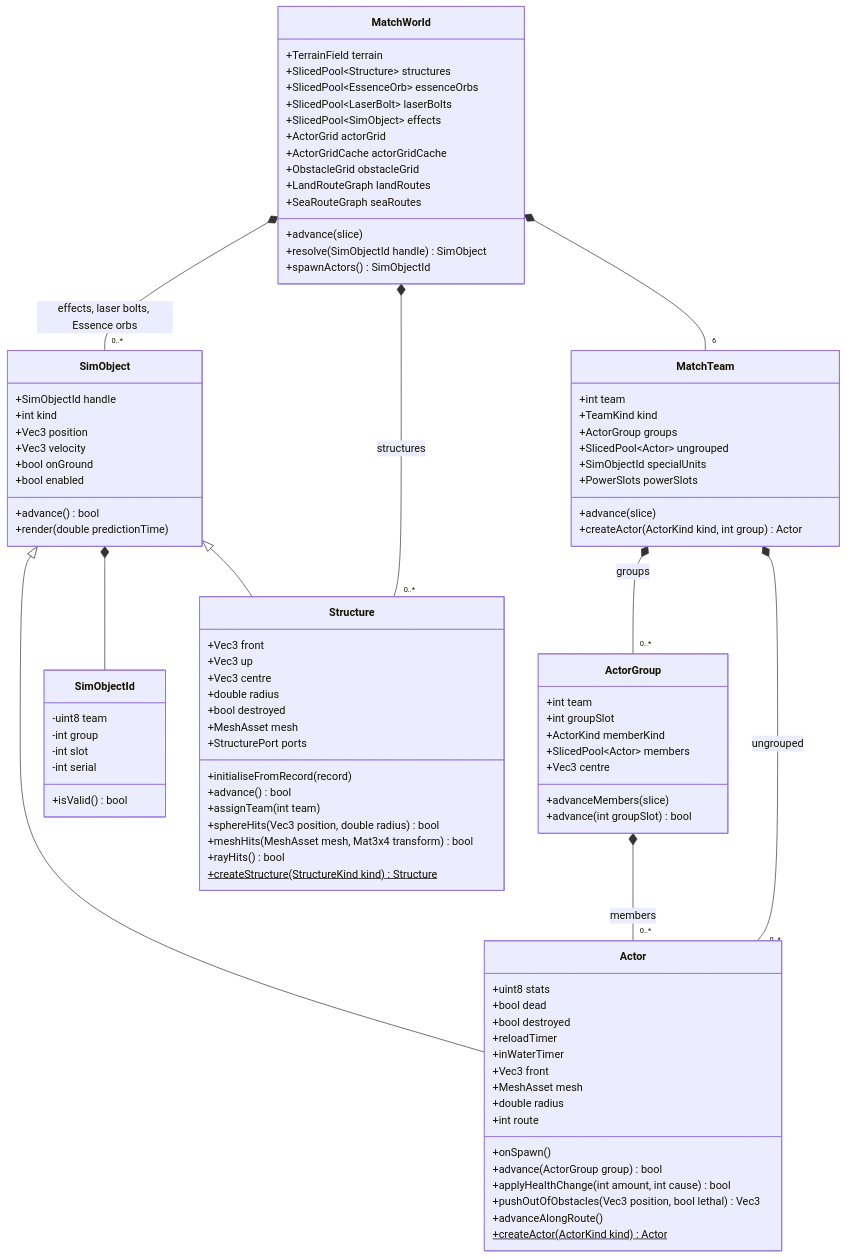
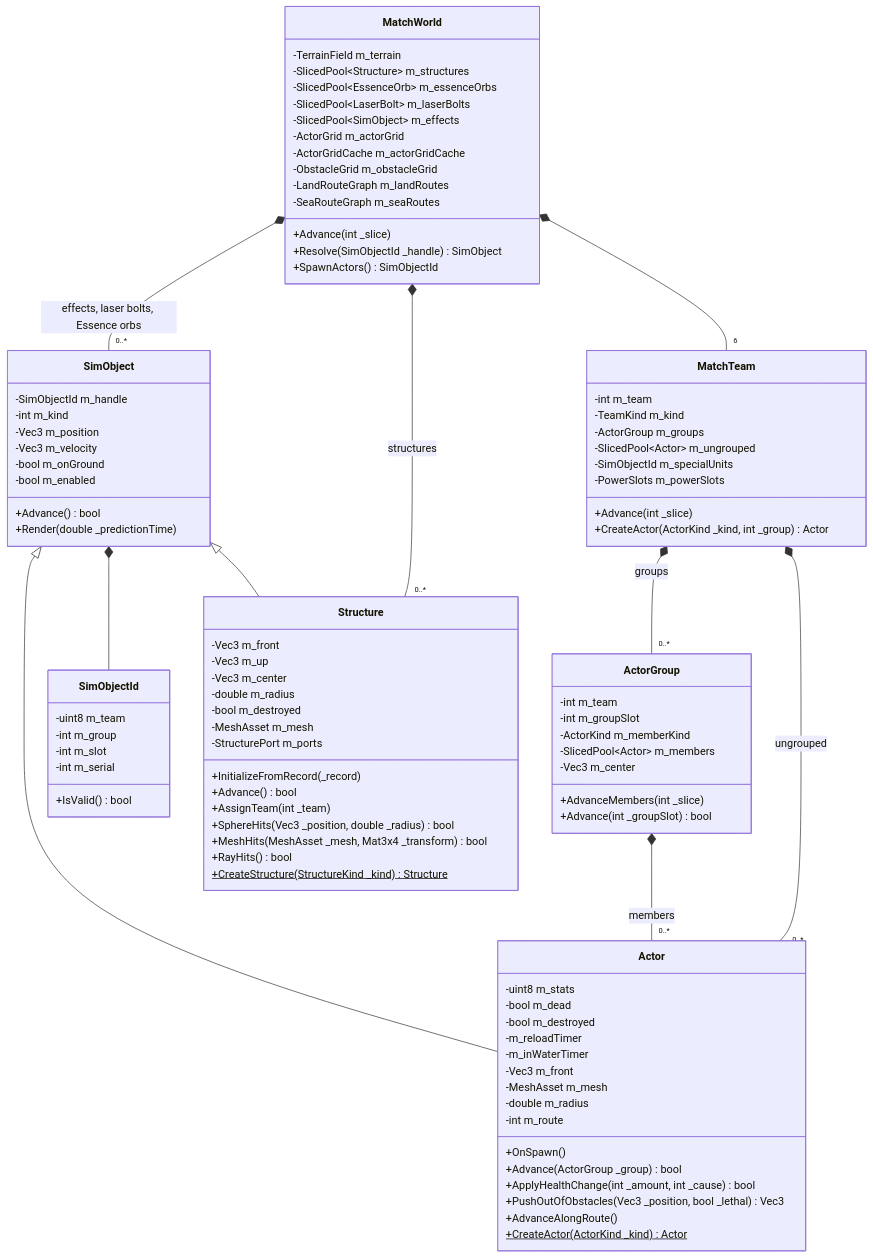
Before and after one commit to Zwaliebaba/Species.AI: the first of 9 diagrams in design_next/reference/12_simulation_model/03_entity_model_and_identity.md, drawn with Mermaid. The commit also changed other lines of this file and 99 other files, not shown here.

````diff
--- a/design_next/reference/12_simulation_model/03_entity_model_and_identity.md
+++ b/design_next/reference/12_simulation_model/03_entity_model_and_identity.md
@@ -39,88 +39,88 @@
 ```mermaid
 classDiagram
     class MatchWorld {
-      +TerrainField terrain
-      +SlicedPool~Structure~ structures
-      +SlicedPool~EssenceOrb~ essenceOrbs
-      +SlicedPool~LaserBolt~ laserBolts
-      +SlicedPool~SimObject~ effects
-      +ActorGrid actorGrid
-      +ActorGridCache actorGridCache
-      +ObstacleGrid obstacleGrid
-      +LandRouteGraph landRoutes
-      +SeaRouteGraph seaRoutes
-      +advance(slice)
-      +resolve(SimObjectId handle) SimObject
-      +spawnActors() SimObjectId
+      -TerrainField m_terrain
+      -SlicedPool~Structure~ m_structures
+      -SlicedPool~EssenceOrb~ m_essenceOrbs
+      -SlicedPool~LaserBolt~ m_laserBolts
+      -SlicedPool~SimObject~ m_effects
+      -ActorGrid m_actorGrid
+      -ActorGridCache m_actorGridCache
+      -ObstacleGrid m_obstacleGrid
+      -LandRouteGraph m_landRoutes
+      -SeaRouteGraph m_seaRoutes
+      +Advance(int _slice)
+      +Resolve(SimObjectId _handle) SimObject
+      +SpawnActors() SimObjectId
     }
     class MatchTeam {
-      +int team
-      +TeamKind kind
-      +ActorGroup groups
-      +SlicedPool~Actor~ ungrouped
-      +SimObjectId specialUnits
-      +PowerSlots powerSlots
-      +advance(slice)
-      +createActor(ActorKind kind, int group) Actor
+      -int m_team
+      -TeamKind m_kind
+      -ActorGroup m_groups
+      -SlicedPool~Actor~ m_ungrouped
+      -SimObjectId m_specialUnits
+      -PowerSlots m_powerSlots
+      +Advance(int _slice)
+      +CreateActor(ActorKind _kind, int _group) Actor
     }
     class ActorGroup {
-      +int team
-      +int groupSlot
-      +ActorKind memberKind
-      +SlicedPool~Actor~ members
-      +Vec3 centre
-      +advanceMembers(slice)
-      +advance(int groupSlot) bool
+      -int m_team
+      -int m_groupSlot
+      -ActorKind m_memberKind
+      -SlicedPool~Actor~ m_members
+      -Vec3 m_center
+      +AdvanceMembers(int _slice)
+      +Advance(int _groupSlot) bool
     }
     class SimObjectId {
-      -uint8 team
-      -int group
-      -int slot
-      -int serial
-      +isValid() bool
+      -uint8 m_team
+      -int m_group
+      -int m_slot
+      -int m_serial
+      +IsValid() bool
     }
     class SimObject {
-      +SimObjectId handle
-      +int kind
-      +Vec3 position
-      +Vec3 velocity
-      +bool onGround
-      +bool enabled
-      +advance() bool
-      +render(double predictionTime)
+      -SimObjectId m_handle
+      -int m_kind
+      -Vec3 m_position
+      -Vec3 m_velocity
+      -bool m_onGround
+      -bool m_enabled
+      +Advance() bool
+      +Render(double _predictionTime)
     }
     class Actor {
-      +uint8 stats
-      +bool dead
-      +bool destroyed
-      +reloadTimer
-      +inWaterTimer
-      +Vec3 front
-      +MeshAsset mesh
-      +double radius
-      +int route
-      +onSpawn()
-      +advance(ActorGroup group) bool
-      +applyHealthChange(int amount, int cause) bool
-      +pushOutOfObstacles(Vec3 position, bool lethal) Vec3
-      +advanceAlongRoute()
-      +createActor(ActorKind kind)$ Actor
+      -uint8 m_stats
+      -bool m_dead
+      -bool m_destroyed
+      -m_reloadTimer
+      -m_inWaterTimer
+      -Vec3 m_front
+      -MeshAsset m_mesh
+      -double m_radius
+      -int m_route
+      +OnSpawn()
+      +Advance(ActorGroup _group) bool
+      +ApplyHealthChange(int _amount, int _cause) bool
+      +PushOutOfObstacles(Vec3 _position, bool _lethal) Vec3
+      +AdvanceAlongRoute()
+      +CreateActor(ActorKind _kind)$ Actor
     }
     class Structure {
-      +Vec3 front
-      +Vec3 up
-      +Vec3 centre
-      +double radius
-      +bool destroyed
-      +MeshAsset mesh
-      +StructurePort ports
-      +initialiseFromRecord(record)
-      +advance() bool
-      +assignTeam(int team)
-      +sphereHits(Vec3 position, double radius) bool
-      +meshHits(MeshAsset mesh, Mat3x4 transform) bool
-      +rayHits() bool
-      +createStructure(StructureKind kind)$ Structure
+      -Vec3 m_front
+      -Vec3 m_up
+      -Vec3 m_center
+      -double m_radius
+      -bool m_destroyed
+      -MeshAsset m_mesh
+      -StructurePort m_ports
+      +InitializeFromRecord(_record)
+      +Advance() bool
+      +AssignTeam(int _team)
+      +SphereHits(Vec3 _position, double _radius) bool
+      +MeshHits(MeshAsset _mesh, Mat3x4 _transform) bool
+      +RayHits() bool
+      +CreateStructure(StructureKind _kind)$ Structure
     }
     MatchWorld *-- "6" MatchTeam
     MatchWorld *-- "0..*" Structure : structures
````
